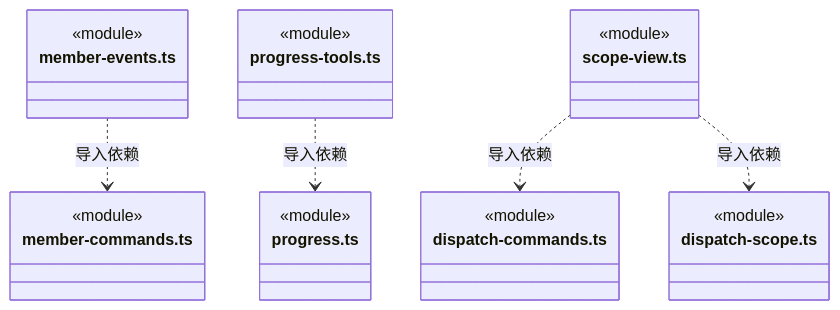
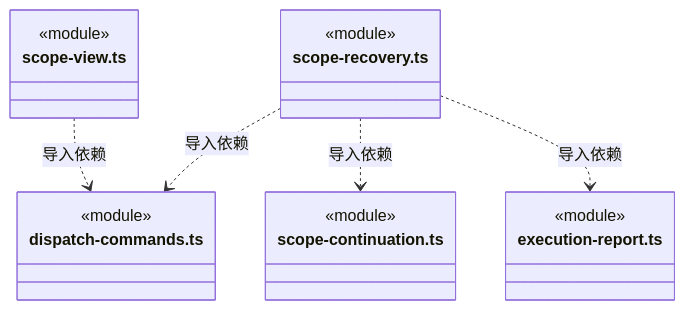
Diagram 47 of 50 in src/backend/core/tasks/ARCHITECTURE.md (nan023062/cbim), drawn with Mermaid before and after one commit. The commit also changed other lines of this file and 65 other files, not shown here.

````diff
--- a/src/backend/core/tasks/ARCHITECTURE.md
+++ b/src/backend/core/tasks/ARCHITECTURE.md
@@ -1125,28 +1196,22 @@
 ```mermaid
 classDiagram
-class N_src_backend_core_tasks_member_events_ts["member-events.ts"] {
+class N_src_backend_core_tasks_scope_recovery_ts["scope-recovery.ts"] {
   <<module>>
 }
-class N_src_backend_core_tasks_member_commands_ts["member-commands.ts"] {
+class N_src_backend_core_tasks_dispatch_commands_ts["dispatch-commands.ts"] {
   <<module>>
 }
-class N_src_backend_core_tasks_progress_tools_ts["progress-tools.ts"] {
+class N_src_backend_core_tasks_scope_continuation_ts["scope-continuation.ts"] {
   <<module>>
 }
-class N_src_backend_core_tasks_progress_ts["progress.ts"] {
+class N_src_backend_core_tasks_execution_report_ts["execution-report.ts"] {
   <<module>>
 }
 class N_src_backend_core_tasks_scope_view_ts["scope-view.ts"] {
   <<module>>
 }
-class N_src_backend_core_tasks_dispatch_commands_ts["dispatch-commands.ts"] {
-  <<module>>
-}
-class N_src_backend_core_tasks_dispatch_scope_ts["dispatch-scope.ts"] {
-  <<module>>
-}
-N_src_backend_core_tasks_member_events_ts ..> N_src_backend_core_tasks_member_commands_ts : 导入依赖
-N_src_backend_core_tasks_progress_tools_ts ..> N_src_backend_core_tasks_progress_ts : 导入依赖
+N_src_backend_core_tasks_scope_recovery_ts ..> N_src_backend_core_tasks_dispatch_commands_ts : 导入依赖
+N_src_backend_core_tasks_scope_recovery_ts ..> N_src_backend_core_tasks_scope_continuation_ts : 导入依赖
+N_src_backend_core_tasks_scope_recovery_ts ..> N_src_backend_core_tasks_execution_report_ts : 导入依赖
 N_src_backend_core_tasks_scope_view_ts ..> N_src_backend_core_tasks_dispatch_commands_ts : 导入依赖
-N_src_backend_core_tasks_scope_view_ts ..> N_src_backend_core_tasks_dispatch_scope_ts : 导入依赖
 ```
````
